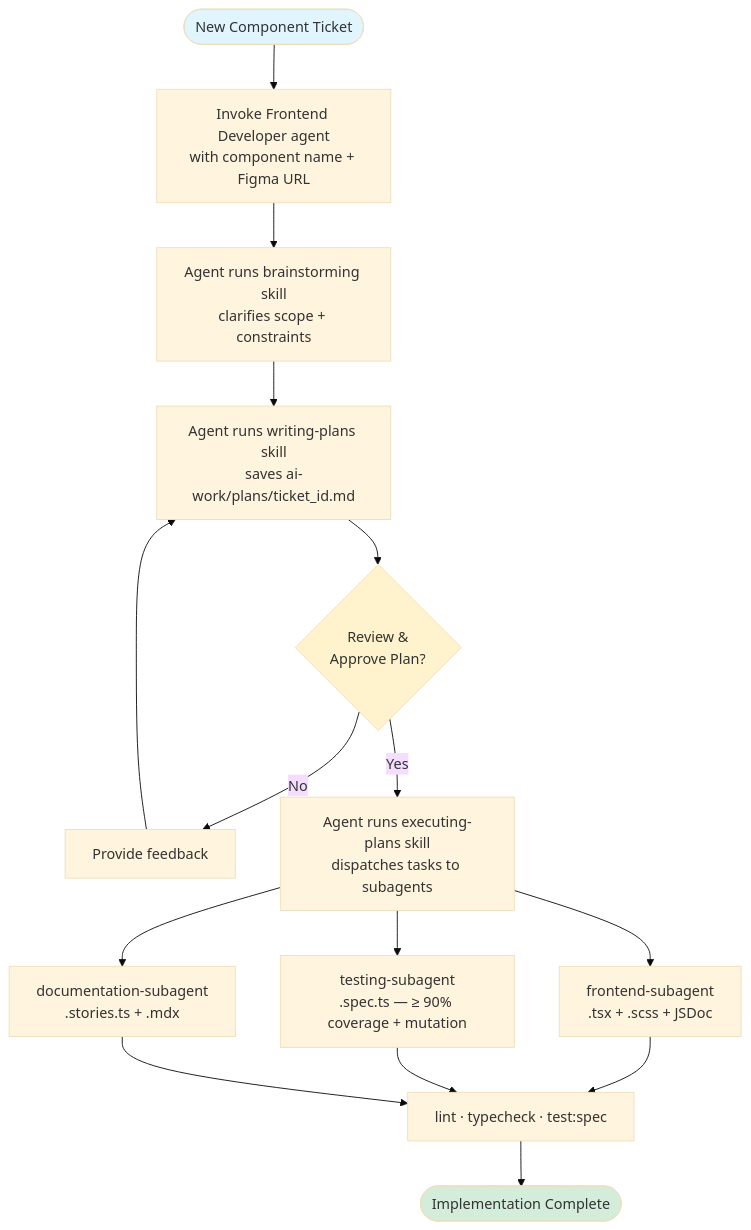
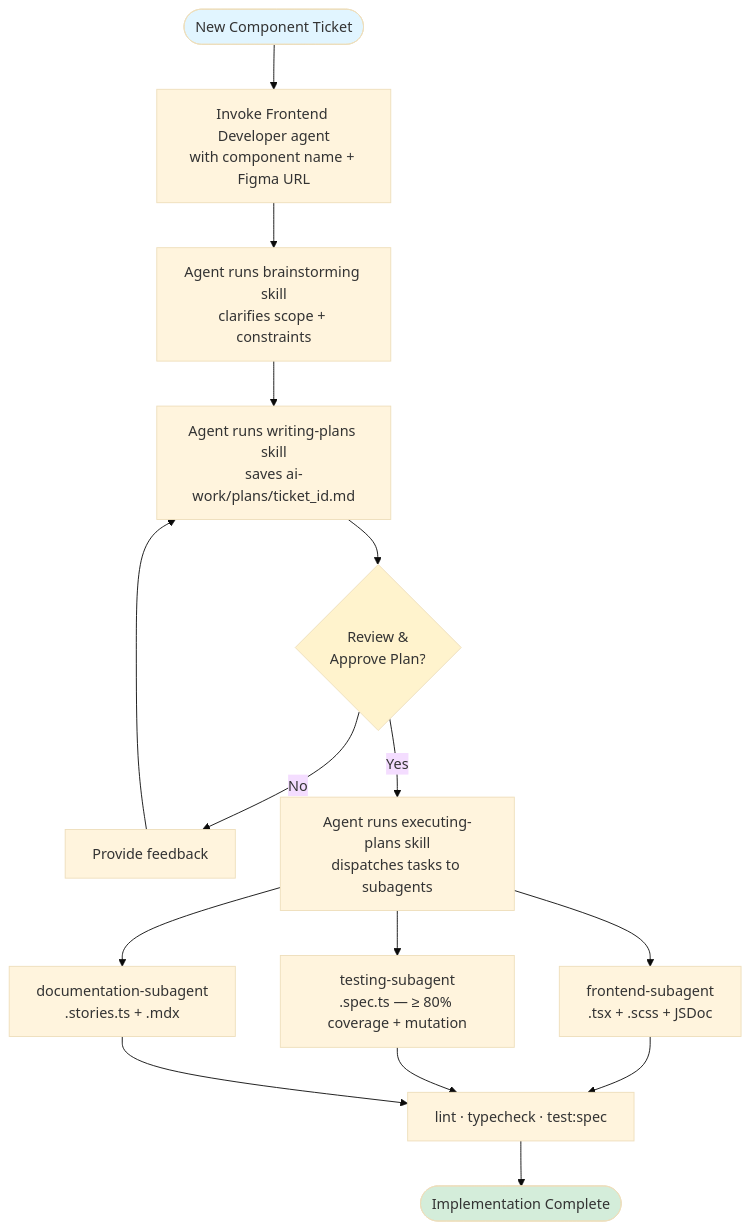
Before and after one commit to dgonzalezts/boreal-ds-ai: the first of 2 diagrams in .agents/README.md, drawn with Mermaid (base theme). The commit also changed other lines of this file and 35 other files, not shown here.

````diff
--- a/.agents/README.md
+++ b/.agents/README.md
@@ -26,28 +26,28 @@
 ```mermaid
 flowchart TD
     Start([New Component Ticket])
 
     Start --> Agent[Invoke Frontend Developer agent<br/>with component name + Figma URL]
 
     Agent --> Brainstorm[Agent runs brainstorming skill<br/>clarifies scope + constraints]
     Brainstorm --> Plan[Agent runs writing-plans skill<br/>saves ai-work/plans/ticket_id.md]
 
     Plan --> Review{Review &<br/>Approve Plan?}
     Review -->|No| Revise[Provide feedback]
     Revise --> Plan
 
     Review -->|Yes| Execute[Agent runs executing-plans skill<br/>dispatches tasks to subagents]
 
     Execute --> Impl[frontend-subagent<br/>.tsx + .scss + JSDoc]
-    Execute --> Tests[testing-subagent<br/>.spec.ts — ≥ 90% coverage + mutation]
+    Execute --> Tests[testing-subagent<br/>.spec.ts — ≥ 80% coverage + mutation]
     Execute --> Docs[documentation-subagent<br/>.stories.ts + .mdx]
 
     Impl --> QA[lint · typecheck · test:spec]
     Tests --> QA
     Docs --> QA
     QA --> Done([Implementation Complete])
 
     style Start fill:#e1f5ff
     style Done fill:#d4edda
     style Review fill:#fff3cd
 ```
````
